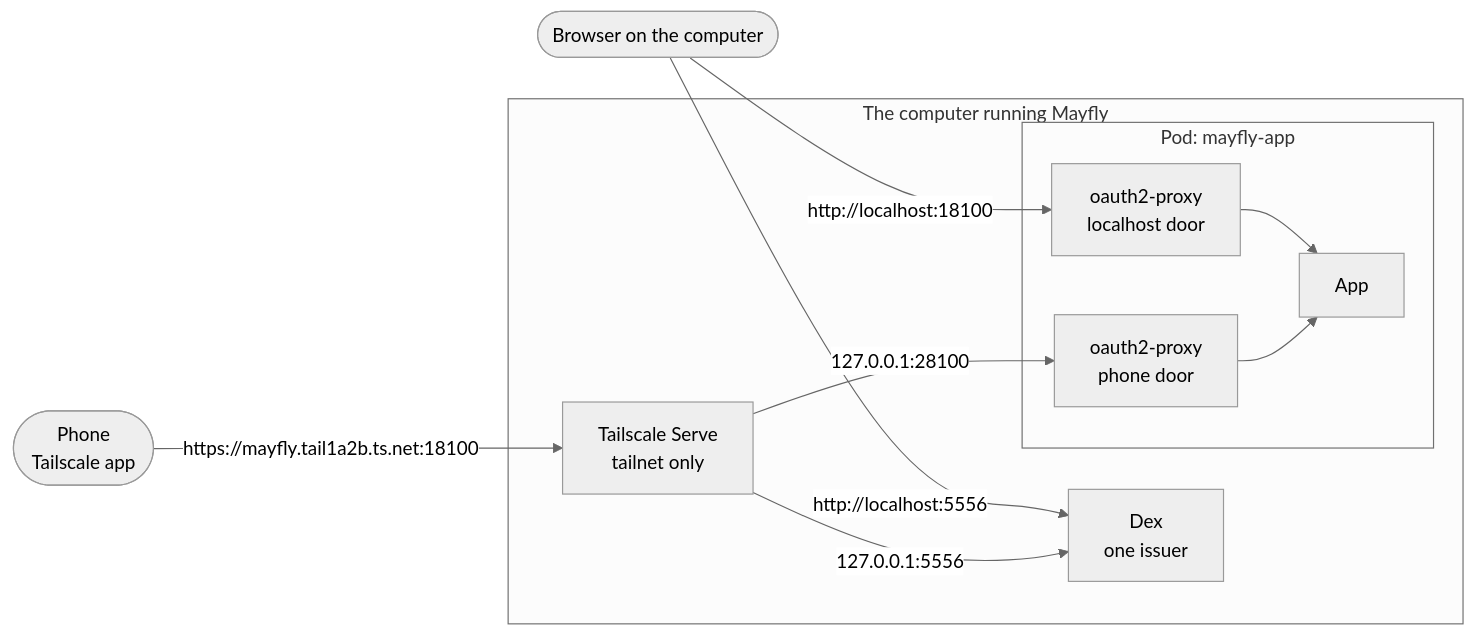
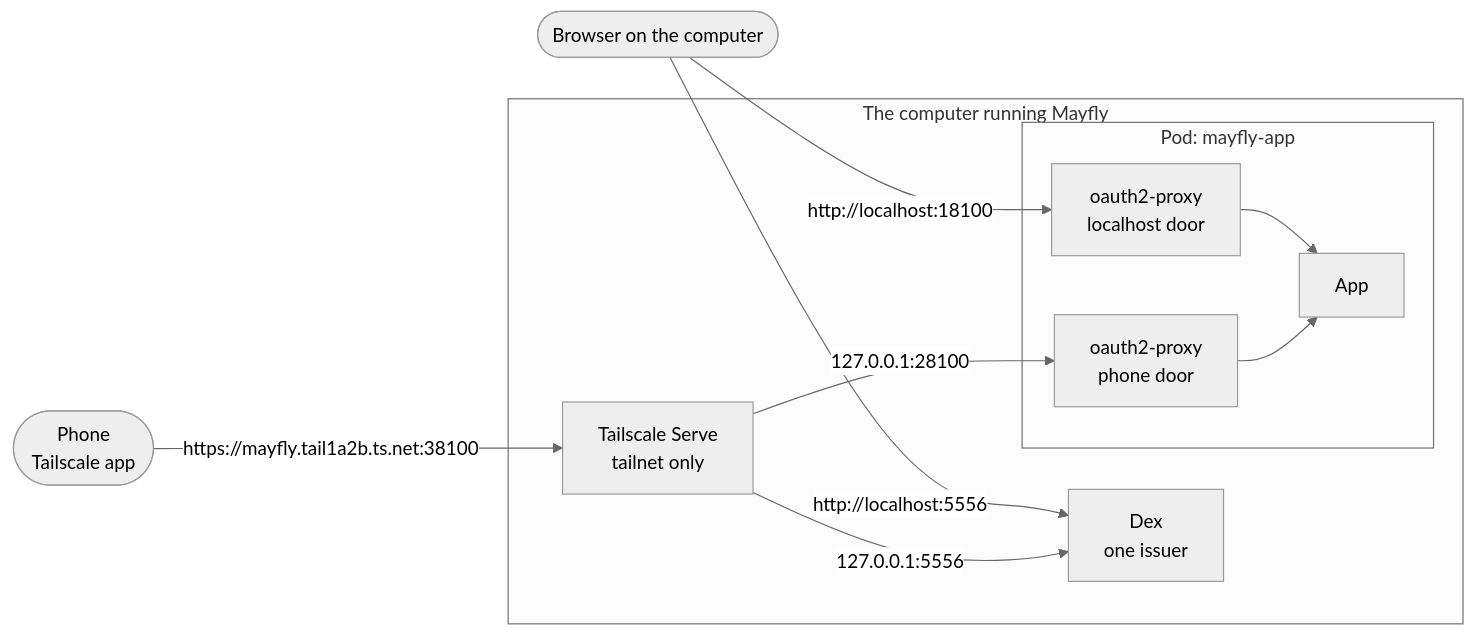
Before and after one commit to JGalego/mayfly: the first of 2 diagrams in docs/design/phone-access.md, drawn with Mermaid (neutral theme). The commit also changed other lines of this file and 7 other files, not shown here.

Commit message:
fix: give the phone its own port numbers, so Serve never collides with what Podman publishes under WSL's mirrored networking

````diff
--- a/docs/design/phone-access.md
+++ b/docs/design/phone-access.md
@@ -11,14 +11,14 @@
 ```mermaid
 flowchart LR
   browser(["Browser on the computer"]) -->|"http://localhost:18100"| local
   browser -->|"http://localhost:5556"| dex
-  phone(["Phone<br/>Tailscale app"]) -->|"https://mayfly.tail1a2b.ts.net:18100"| serve
+  phone(["Phone<br/>Tailscale app"]) -->|"https://mayfly.tail1a2b.ts.net:38100"| serve
   subgraph host["The computer running Mayfly"]
     serve["Tailscale Serve<br/>tailnet only"] -->|"127.0.0.1:28100"| door
     serve -->|"127.0.0.1:5556"| dex["Dex<br/>one issuer"]
     subgraph pod["Pod: mayfly-app"]
       local["oauth2-proxy<br/>localhost door"] --> app["App"]
       door["oauth2-proxy<br/>phone door"] --> app
     end
   end
 ```
````
